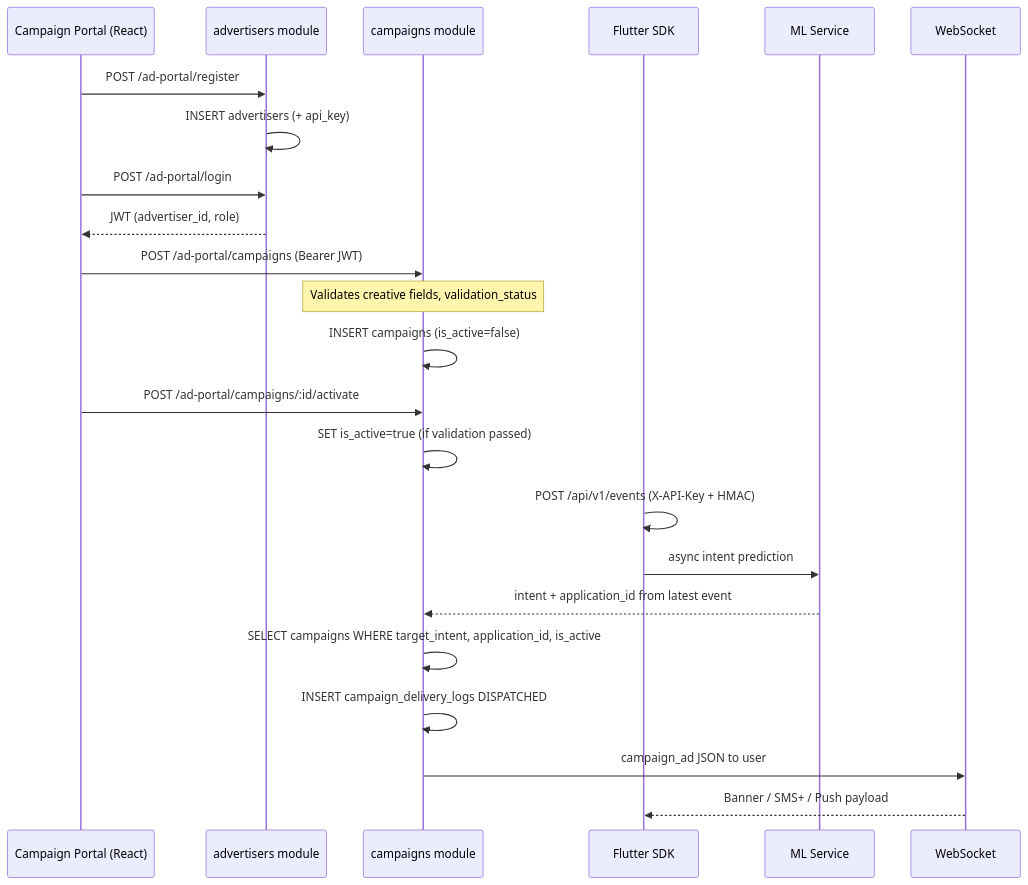
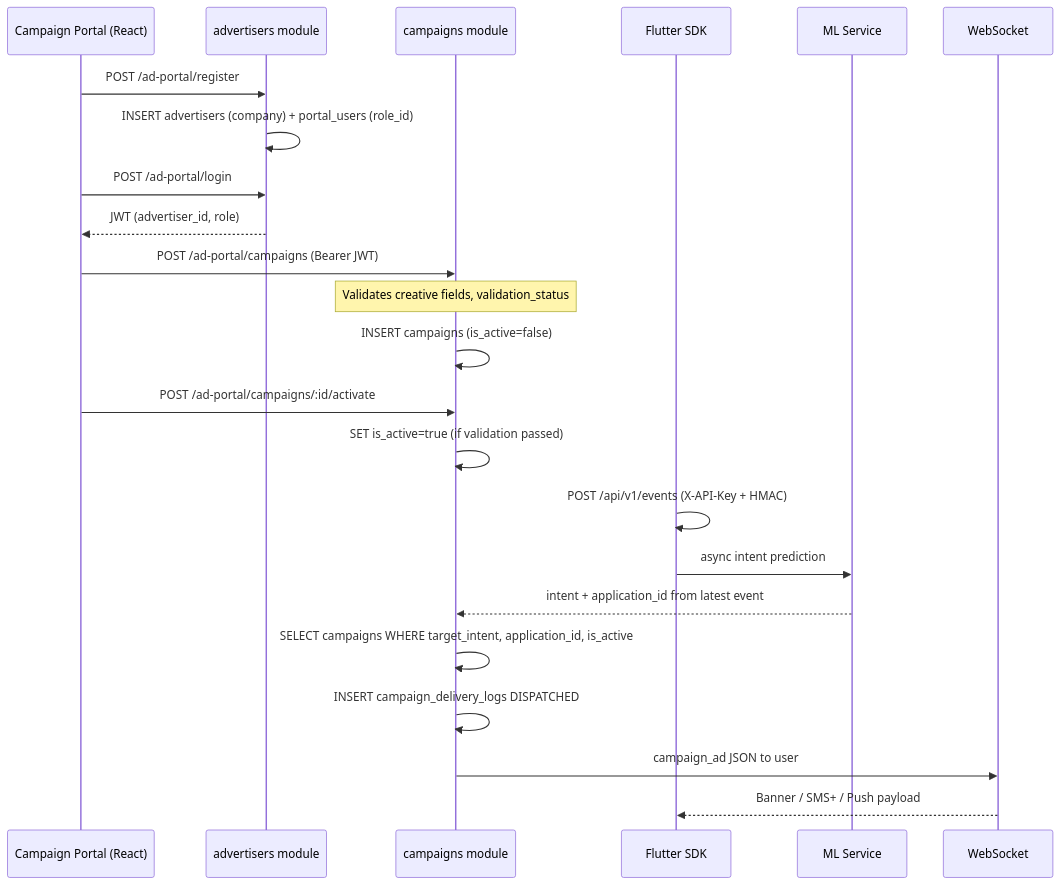
Before and after one commit to Sifen1995/SDK: the diagram in docs/AD_CAMPAIGN_ARCHITECTURE.md, drawn with Mermaid. The commit also changed other lines of this file and 21 other files, not shown here.

````diff
--- a/docs/AD_CAMPAIGN_ARCHITECTURE.md
+++ b/docs/AD_CAMPAIGN_ARCHITECTURE.md
@@ -40,30 +42,30 @@
 ```mermaid
 sequenceDiagram
     participant UI as Campaign Portal (React)
     participant AD as advertisers module
     participant CM as campaigns module
     participant SDK as Flutter SDK
     participant ML as ML Service
     participant WS as WebSocket
 
     UI->>AD: POST /ad-portal/register
-    AD->>AD: INSERT advertisers (+ api_key)
+    AD->>AD: INSERT advertisers (company) + portal_users (role_id)
 
     UI->>AD: POST /ad-portal/login
     AD-->>UI: JWT (advertiser_id, role)
 
     UI->>CM: POST /ad-portal/campaigns (Bearer JWT)
     Note over CM: Validates creative fields, validation_status
     CM->>CM: INSERT campaigns (is_active=false)
 
     UI->>CM: POST /ad-portal/campaigns/:id/activate
     CM->>CM: SET is_active=true (if validation passed)
 
     SDK->>SDK: POST /api/v1/events (X-API-Key + HMAC)
     SDK->>ML: async intent prediction
     ML-->>CM: intent + application_id from latest event
     CM->>CM: SELECT campaigns WHERE target_intent, application_id, is_active
     CM->>CM: INSERT campaign_delivery_logs DISPATCHED
     CM->>WS: campaign_ad JSON to user
     WS-->>SDK: Banner / SMS+ / Push payload
 ```
````
